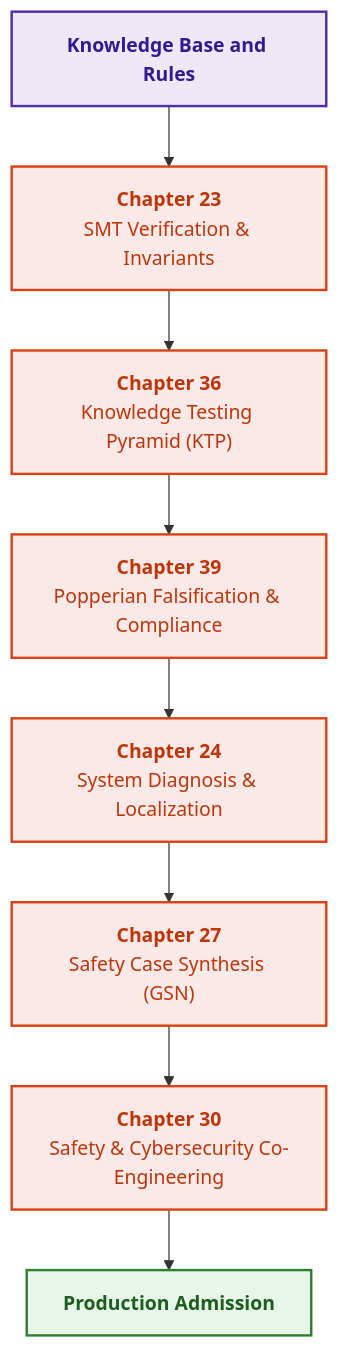
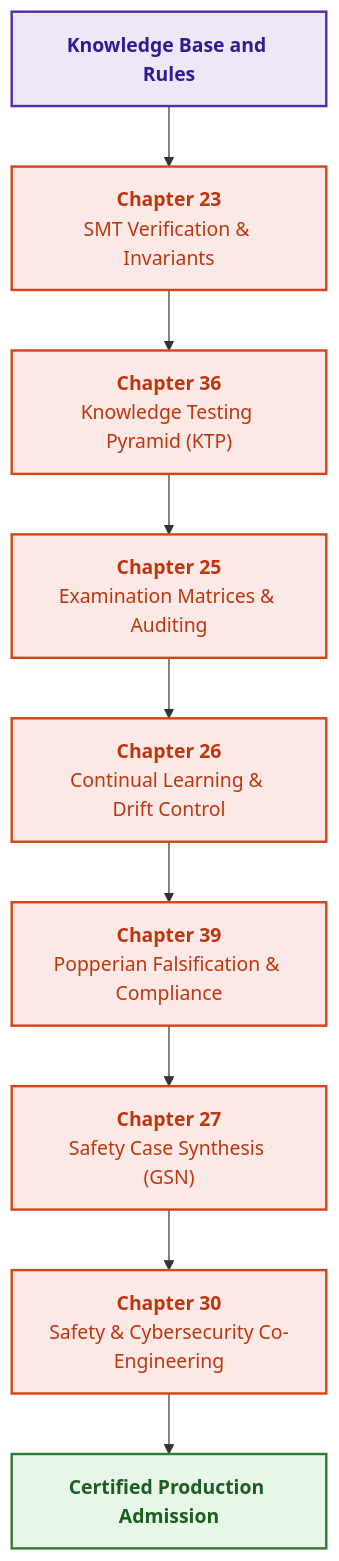
One commit to nick-fedchik/articles changed the diagram in ExpertSystem/translations/en/part-05-verification-and-learning.md. Above: the diagram before and after it, drawn with Mermaid. The commit also changed other lines of this file and 174 other files, not shown here.

````diff
--- a/ExpertSystem/translations/en/part-05-verification-and-learning.md
+++ b/ExpertSystem/translations/en/part-05-verification-and-learning.md
@@ -19,21 +19,22 @@
 ```mermaid
 flowchart TD
-    accTitle: Verification, Validation, and Safety Case Pipeline (V&V)
-    accDescr: From formal verification and the testing pyramid through Popperian auditing to diagnosis and safety argumentation.
+    accTitle: Verification, Learning, and Safety Case Pipeline (V&V)
+    accDescr: From formal verification and the testing pyramid through examination matrices, continual learning, and Popperian auditing to safety argumentation.
 
     KB["<b>Knowledge Base and Rules</b>"] --> VER["<b>Chapter 23</b><br/>SMT Verification & Invariants"]
     VER --> TEST["<b>Chapter 36</b><br/>Knowledge Testing Pyramid (KTP)"]
-    TEST --> POPP["<b>Chapter 39</b><br/>Popperian Falsification & Compliance"]
-    POPP --> DIAG["<b>Chapter 24</b><br/>System Diagnosis & Localization"]
-    DIAG --> GSN["<b>Chapter 27</b><br/>Safety Case Synthesis (GSN)"]
+    TEST --> EXAM["<b>Chapter 25</b><br/>Examination Matrices & Auditing"]
+    EXAM --> CL["<b>Chapter 26</b><br/>Continual Learning & Drift Control"]
+    CL --> POPP["<b>Chapter 39</b><br/>Popperian Falsification & Compliance"]
+    POPP --> GSN["<b>Chapter 27</b><br/>Safety Case Synthesis (GSN)"]
     GSN --> COENG["<b>Chapter 30</b><br/>Safety & Cybersecurity Co-Engineering"]
-    COENG --> ACC["<b>Production Admission</b>"]
+    COENG --> ACC["<b>Certified Production Admission</b>"]
 
     classDef proc fill:#fbe9e7,stroke:#d84315,stroke-width:2px,color:#bf360c;
     classDef base fill:#ede7f6,stroke:#512da8,stroke-width:2px,color:#311b92;
     classDef out fill:#e8f5e9,stroke:#2e7d32,stroke-width:2px,color:#1b5e20;
 
     class KB base;
-    class VER,TEST,POPP,DIAG,GSN,COENG proc;
+    class VER,TEST,EXAM,CL,POPP,GSN,COENG proc;
     class ACC out;
 ```
````
